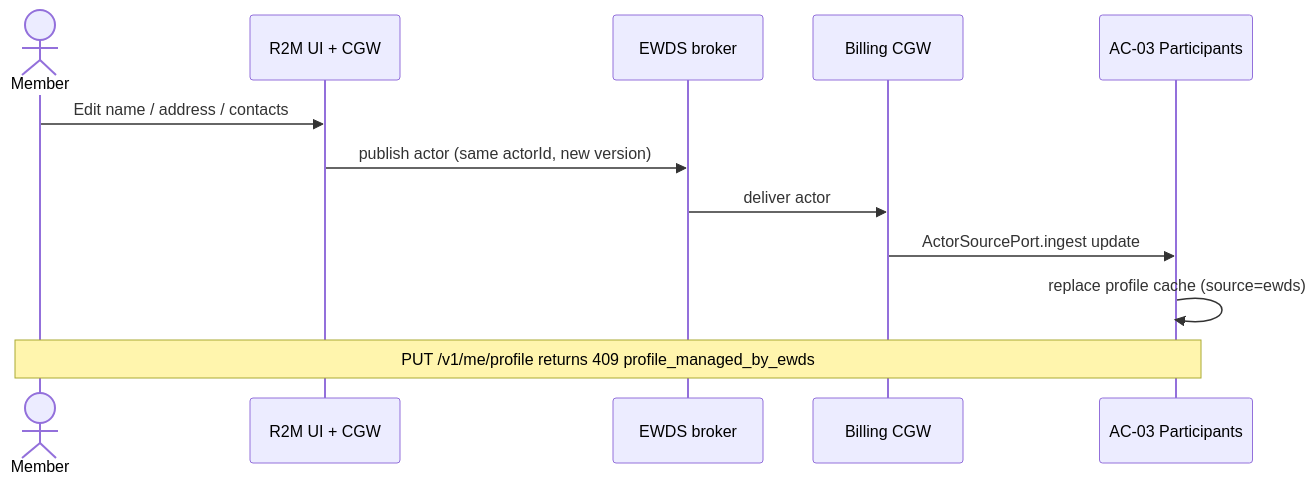
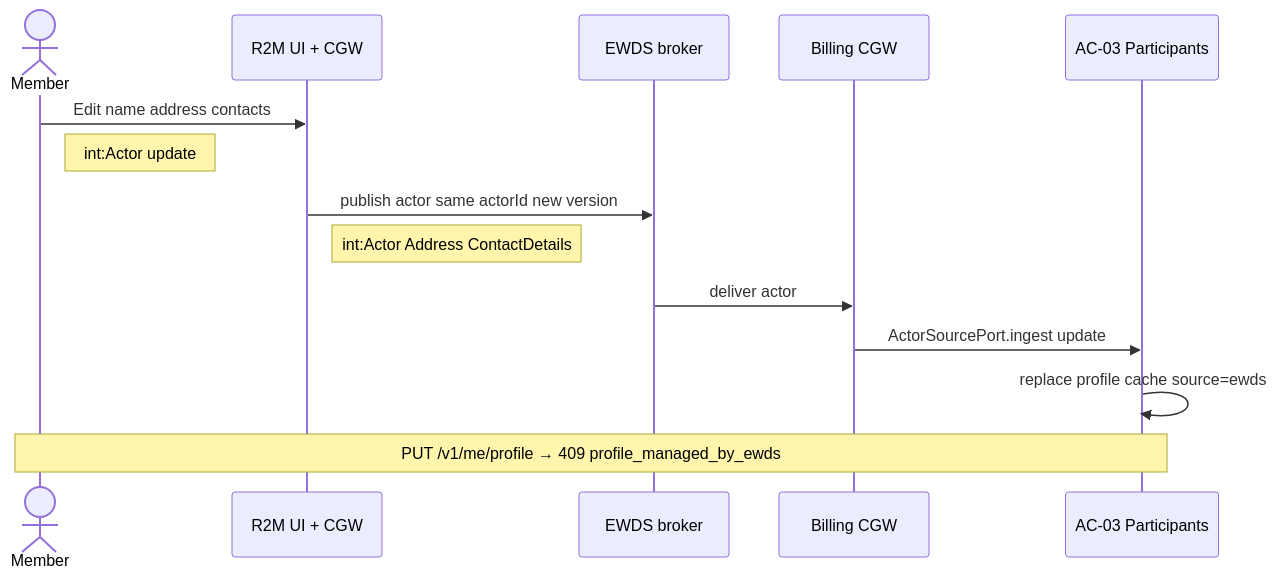
One commit to blooo-io/intelligent-eu-bps-source changed the second of 14 diagrams in docs/architecture/07-scenario-flows.md. Above: the diagram before and after it, drawn with Mermaid. The commit also changed other lines of this file, not shown here.

First line of the commit message:
docs(INT-451): ontology objects on scenario flow steps; fix S12 Mermaid (#225)

````diff
--- a/docs/architecture/07-scenario-flows.md
+++ b/docs/architecture/07-scenario-flows.md
@@ -60,14 +83,16 @@
 ```mermaid
 sequenceDiagram
   actor Member as Member
   participant R2M as R2M UI + CGW
   participant EWDS as EWDS broker
   participant CGW as Billing CGW
   participant AC03 as AC-03 Participants
-  Member->>R2M: Edit name / address / contacts
-  R2M->>EWDS: publish actor (same actorId, new version)
+  Member->>R2M: Edit name address contacts
+  Note right of Member: int:Actor update
+  R2M->>EWDS: publish actor same actorId new version
+  Note right of R2M: int:Actor Address ContactDetails
   EWDS->>CGW: deliver actor
   CGW->>AC03: ActorSourcePort.ingest update
-  AC03->>AC03: replace profile cache (source=ewds)
-  Note over Member,AC03: PUT /v1/me/profile returns 409 profile_managed_by_ewds
+  AC03->>AC03: replace profile cache source=ewds
+  Note over Member,AC03: PUT /v1/me/profile → 409 profile_managed_by_ewds
 ```
````
